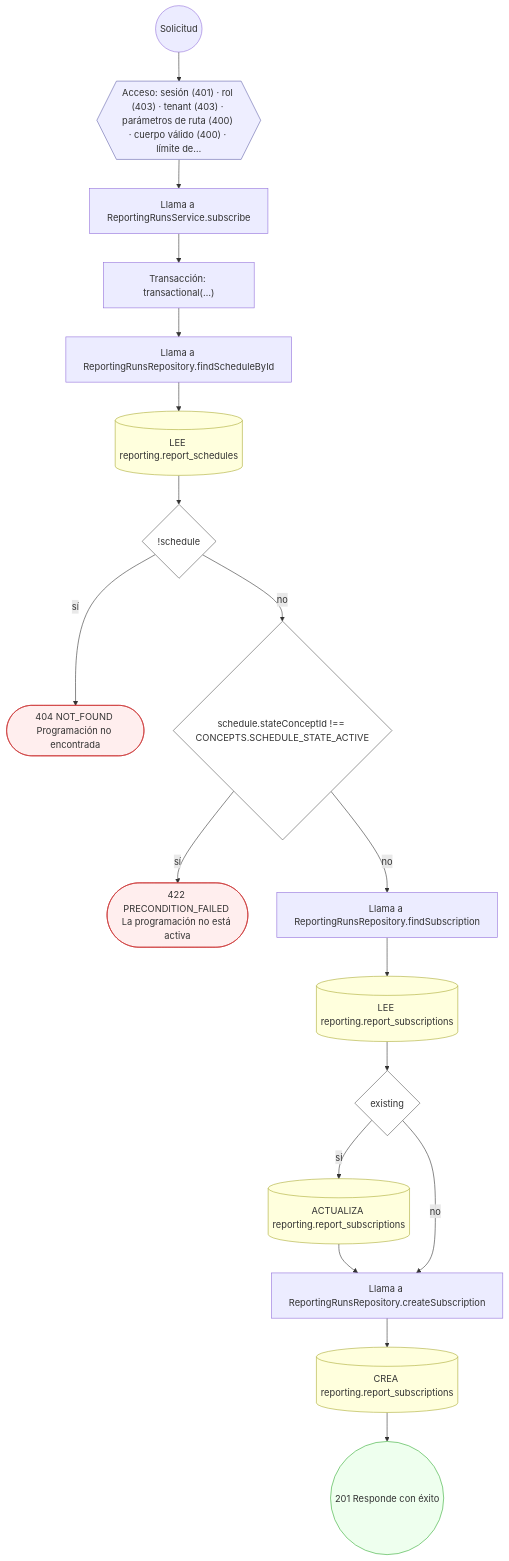
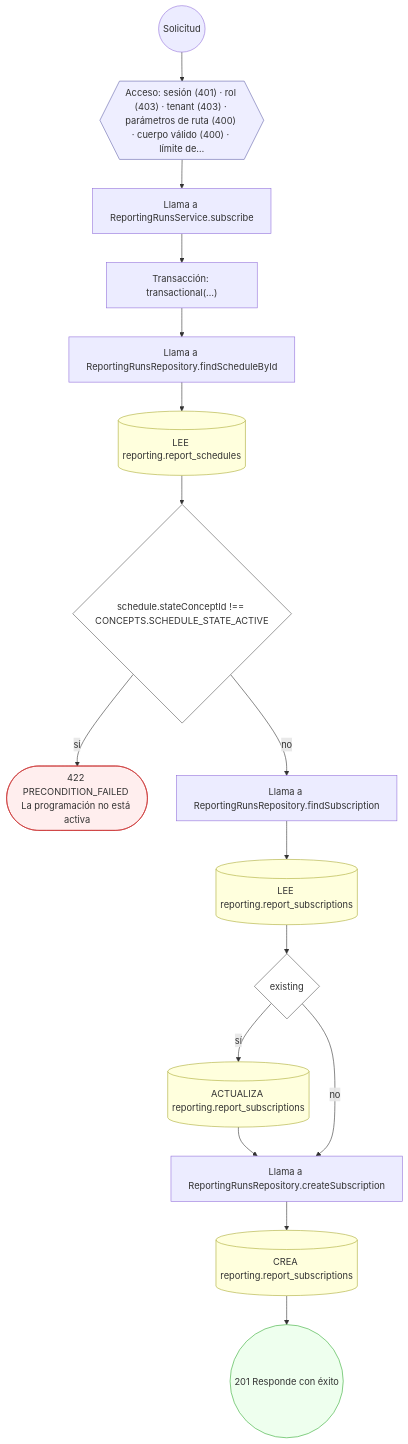
Diagram 13 of 13 in docs/inventario/flujos/reporting.md (mdavila-2001/mantra-core-health-api), drawn with Mermaid before and after one commit. The commit also changed other lines of this file and 438 other files, not shown here.

````diff
--- a/docs/inventario/flujos/reporting.md
+++ b/docs/inventario/flujos/reporting.md
@@ -929,43 +871,39 @@
 ```mermaid
 flowchart TD
   n1(("Solicitud")):::inicio
   n2{{"Acceso: sesión (401) · rol (403) · tenant (403) · parámetros de ruta (400) · cuerpo válido (400) · límite de…"}}:::acceso
   n1 --> n2
   n3["Llama a ReportingRunsService.subscribe"]:::llamada
   n2 --> n3
   n4["Transacción: transactional(…)"]:::transaccion
   n3 --> n4
   n5["Llama a ReportingRunsRepository.findScheduleById"]:::llamada
   n4 --> n5
   n6[("LEE reporting.report_schedules")]:::efecto
   n5 --> n6
-  n7{"!schedule"}:::decision
+  n7{"schedule.stateConceptId !== CONCEPTS.SCHEDULE_STATE_ACTIVE"}:::decision
   n6 --> n7
-  n8(["404 NOT_FOUND Programación no encontrada"]):::error
+  n8(["422 PRECONDITION_FAILED La programación no está activa"]):::error
   n7 -->|"sí"| n8
-  n9{"schedule.stateConceptId !== CONCEPTS.SCHEDULE_STATE_ACTIVE"}:::decision
+  n9["Llama a ReportingRunsRepository.findSubscription"]:::llamada
   n7 -->|"no"| n9
-  n10(["422 PRECONDITION_FAILED La programación no está activa"]):::error
-  n9 -->|"sí"| n10
-  n11["Llama a ReportingRunsRepository.findSubscription"]:::llamada
-  n9 -->|"no"| n11
-  n12[("LEE reporting.report_subscriptions")]:::efecto
-  n11 --> n12
-  n13{"existing"}:::decision
+  n10[("LEE reporting.report_subscriptions")]:::efecto
+  n9 --> n10
+  n11{"existing"}:::decision
+  n10 --> n11
+  n12[("ACTUALIZA reporting.report_subscriptions")]:::efecto
+  n11 -->|"sí"| n12
+  n13["Llama a ReportingRunsRepository.createSubscription"]:::llamada
   n12 --> n13
-  n14[("ACTUALIZA reporting.report_subscriptions")]:::efecto
-  n13 -->|"sí"| n14
-  n15["Llama a ReportingRunsRepository.createSubscription"]:::llamada
+  n11 -->|"no"| n13
+  n14[("CREA reporting.report_subscriptions")]:::efecto
+  n13 --> n14
+  n15(("201 Responde con éxito")):::ok
   n14 --> n15
-  n13 -->|"no"| n15
-  n16[("CREA reporting.report_subscriptions")]:::efecto
-  n15 --> n16
-  n17(("201 Responde con éxito")):::ok
-  n16 --> n17
   classDef acceso fill:#eef,stroke:#66a
   classDef error fill:#fee,stroke:#c33
   classDef ok fill:#efe,stroke:#3a3
   classDef efecto fill:#ffd,stroke:#aa3
   classDef decision fill:#fff,stroke:#555
   classDef corte fill:#eee,stroke:#999,stroke-dasharray: 4
 ```
````
